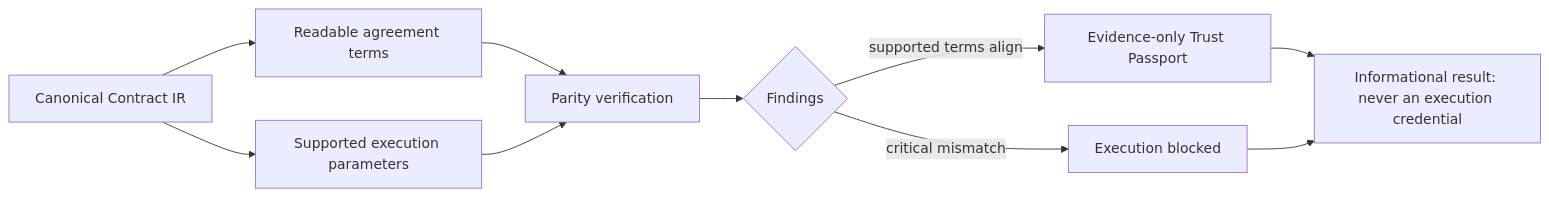
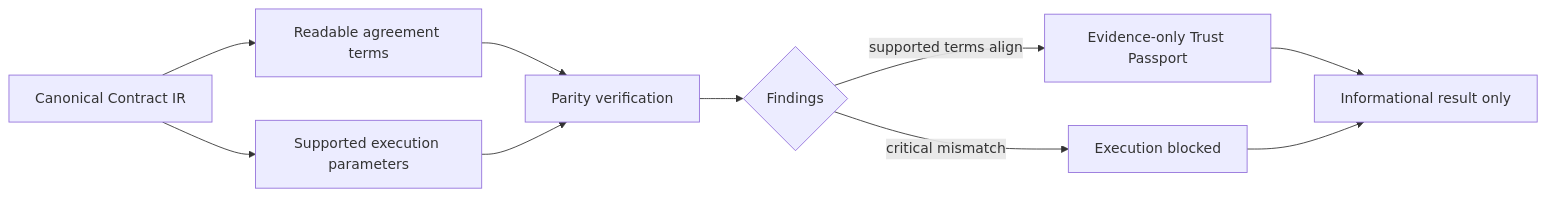
The third of 4 diagrams in README.md (the-nidhi-bhat/LEXORA-LegalX), drawn with Mermaid before and after one commit. The commit also changed other lines of this file and 7 other files, not shown here.

````diff
--- a/README.md
+++ b/README.md
@@ -209,12 +138,12 @@
 ```mermaid
 flowchart LR
-    IR[Canonical Contract IR] --> DOC[Readable agreement terms]
-    IR --> EP[Supported execution parameters]
-    DOC --> P[Parity verification]
+    IR["Canonical Contract IR"] --> DOC["Readable agreement terms"]
+    IR --> EP["Supported execution parameters"]
+    DOC --> P["Parity verification"]
     EP --> P
-    P --> F{Findings}
-    F -->|critical mismatch| B[Execution blocked]
-    F -->|supported terms align| PP[Evidence-only Trust Passport]
-    PP --> N[Informational result: never an execution credential]
+    P --> F{"Findings"}
+    F -->|"critical mismatch"| B["Execution blocked"]
+    F -->|"supported terms align"| PP["Evidence-only Trust Passport"]
+    PP --> N["Informational result only"]
     B --> N
 ```
````
